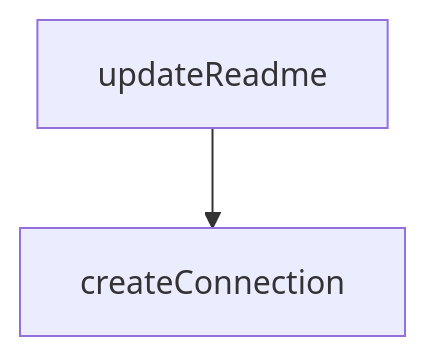
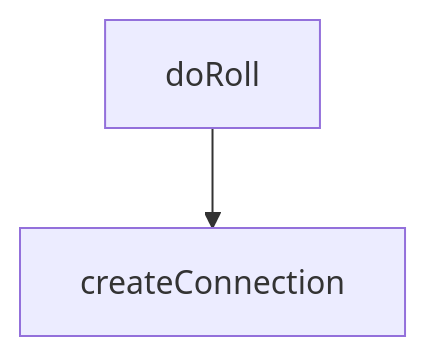
One commit to johnxie/awesome-code-docs changed the diagram in tutorials/playwright-mcp-tutorial/06-standalone-and-docker-deployment.md. Above: the diagram before and after it, drawn with Mermaid. The commit also changed other lines of this file and 104 other files, not shown here.

````diff
--- a/tutorials/playwright-mcp-tutorial/06-standalone-and-docker-deployment.md
+++ b/tutorials/playwright-mcp-tutorial/06-standalone-and-docker-deployment.md
@@ -93,6 +87,6 @@
 ```mermaid
 flowchart TD
-    A[updateReadme]
+    A[doRoll]
     B[createConnection]
     A --> B
 ```
````
